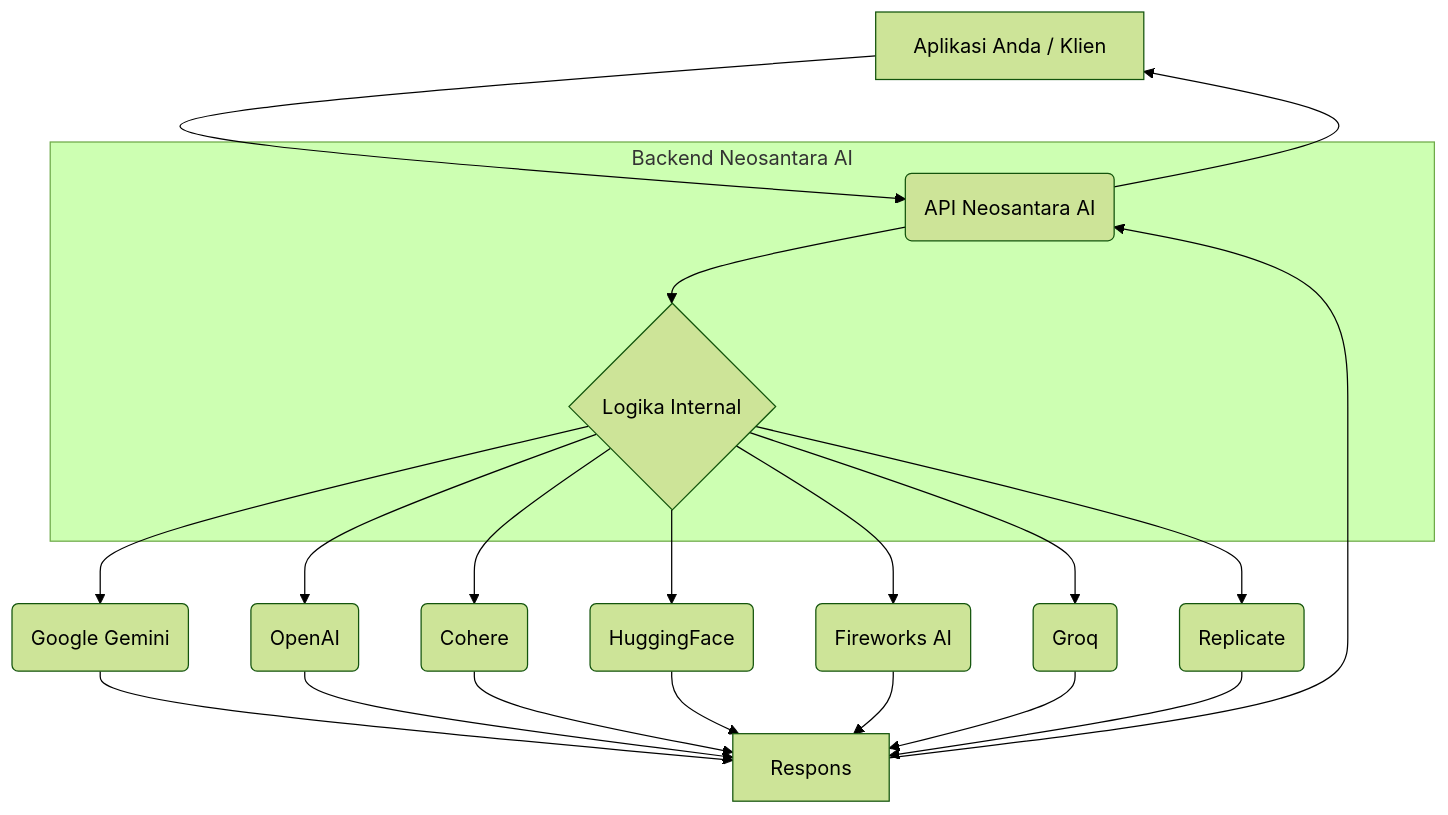
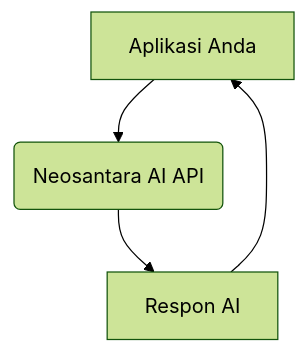
The diagram in id/about.mdx (ErRickow/docs), drawn with Mermaid (forest theme) before and after one commit. The commit also changed other lines of this file and 44 other files, not shown here.

````diff
--- a/id/about.mdx
+++ b/id/about.mdx
@@ -55,26 +40,6 @@
 ```mermaid
 graph TD
-   A[Aplikasi Anda / Klien] --> B(API Neosantara AI);
-   B --> C{Logika Internal};
-   C --> D1(Google Gemini);
-   C --> D2(OpenAI);
-   C --> D3(Cohere);
-   C --> D4(HuggingFace);
-   C --> D5(Fireworks AI);
-   C --> D6(Groq);
-   C --> D7(Replicate);
-   D1 --> F[Respons];
-   D2 --> F;
-   D3 --> F;
-   D4 --> F;
-   D5 --> F;
-   D6 --> F;
-   D7 --> F;
-   F --> B;
-   B --> A;
-
-   subgraph Backend Neosantara AI
-       B
-       C
-   end
+   A[Aplikasi Anda] --> B(Neosantara AI API);
+   B --> C[Respon AI];
+   C --> A;
 ```
````
